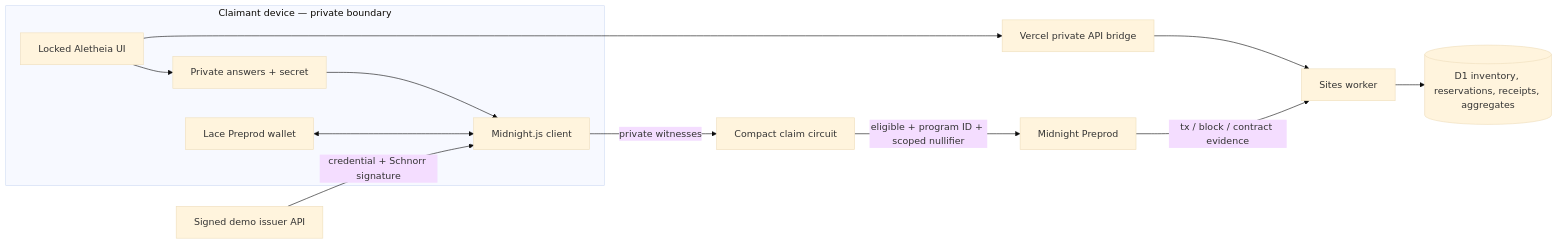
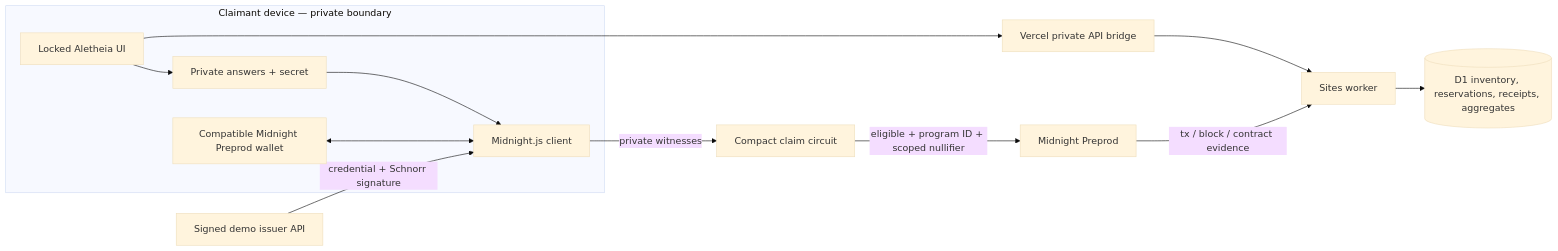
One commit to 0xNexuz/aletheia changed the diagram in README.md. Above: the diagram before and after it, drawn with Mermaid (base theme). The commit also changed other lines of this file and 52 other files, not shown here.

````diff
--- a/README.md
+++ b/README.md
@@ -48,14 +48,14 @@
 ```mermaid
 flowchart LR
   subgraph Device["Claimant device — private boundary"]
     UI["Locked Aletheia UI"] --> PS["Private answers + secret"]
     PS --> MC["Midnight.js client"]
-    Lace["Lace Preprod wallet"] <--> MC
+    Wallet["Compatible Midnight Preprod wallet"] <--> MC
   end
   Issuer["Signed demo issuer API"] -->|"credential + Schnorr signature"| MC
   MC -->|"private witnesses"| Compact["Compact claim circuit"]
   Compact -->|"eligible + program ID + scoped nullifier"| Chain["Midnight Preprod"]
   UI --> Bridge["Vercel private API bridge"] --> Worker["Sites worker"]
   Worker --> DB[("D1 inventory, reservations, receipts, aggregates")]
   Chain -->|"tx / block / contract evidence"| Worker
 ```
````
